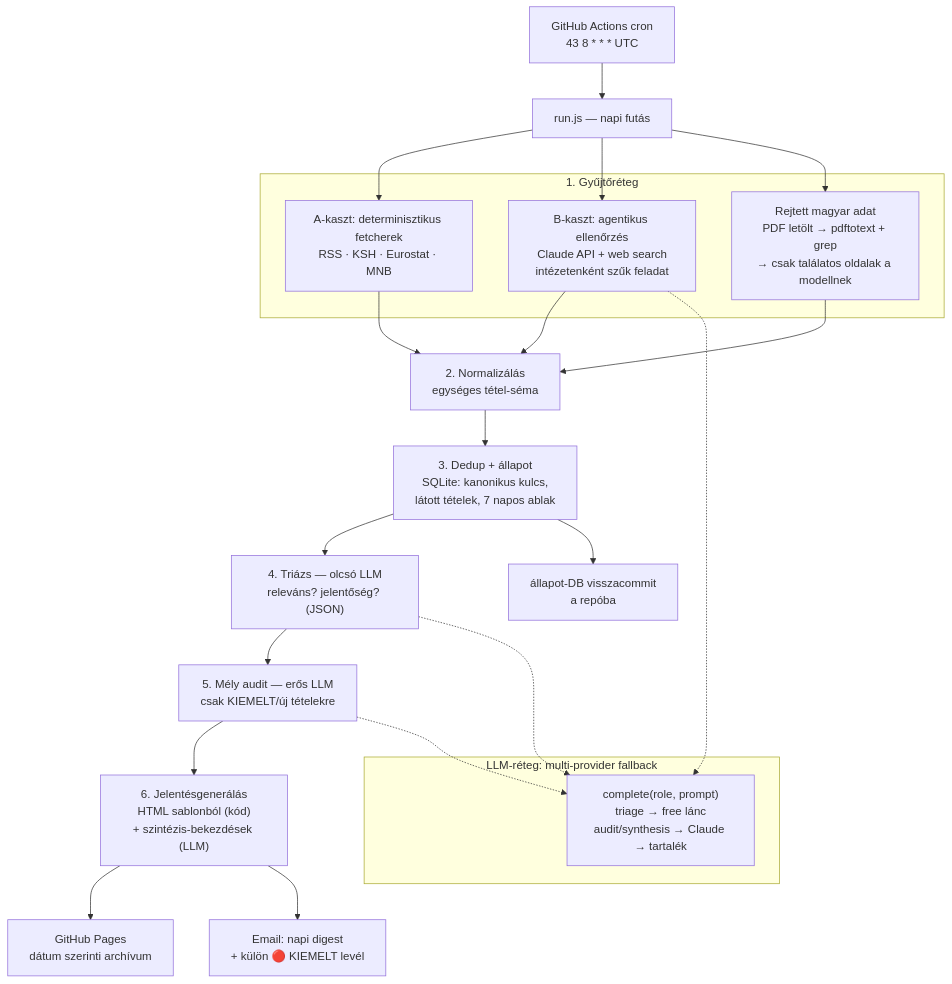
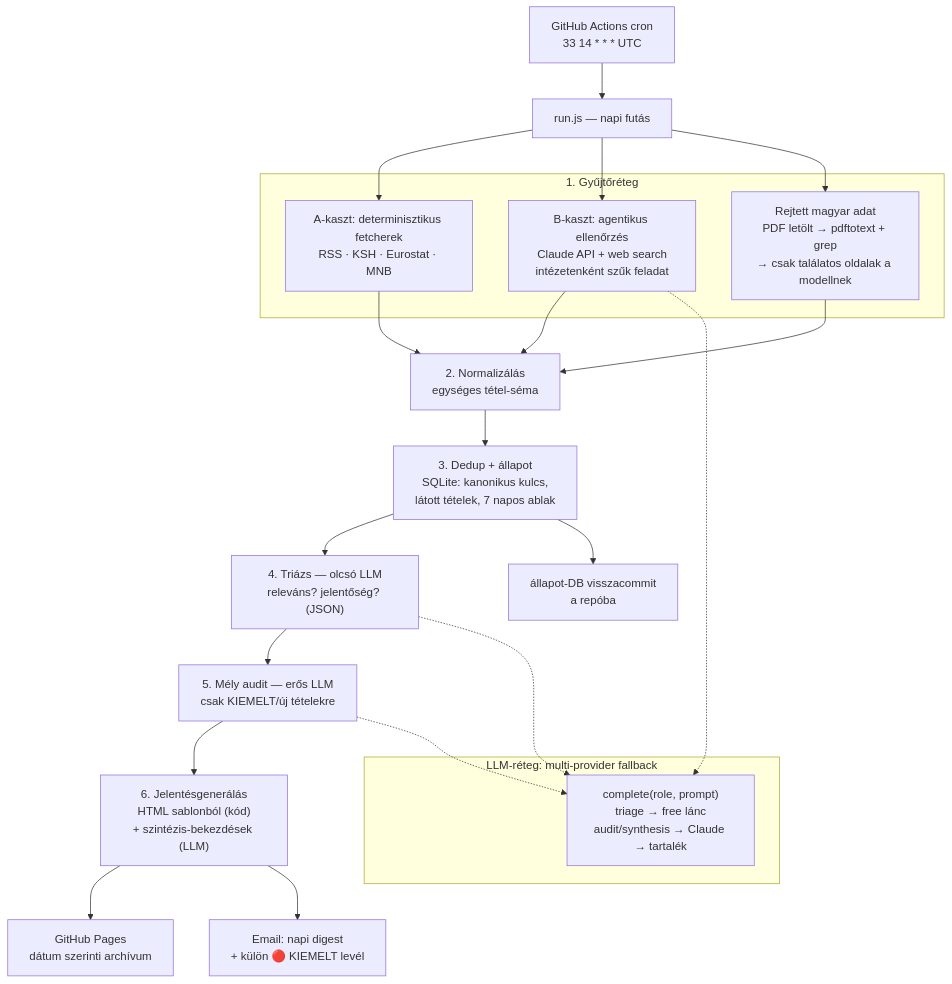
Before and after one commit to Goszmarton/survey-monitor: the diagram in docs/ARCHITEKTURA.md, drawn with Mermaid. The commit also changed other lines of this file and 14 other files, not shown here.

````diff
--- a/docs/ARCHITEKTURA.md
+++ b/docs/ARCHITEKTURA.md
@@ -41,35 +42,35 @@
 ```mermaid
 flowchart TD
-    CRON["GitHub Actions cron\n43 8 * * * UTC"] --> RUN[run.js — napi futás]
+    CRON["GitHub Actions cron\n33 14 * * * UTC"] --> RUN[run.js — napi futás]
 
     subgraph GYUJTES["1. Gyűjtőréteg"]
         A["A-kaszt: determinisztikus fetcherek\nRSS · KSH · Eurostat · MNB"]
         B["B-kaszt: agentikus ellenőrzés\nClaude API + web search\nintézetenként szűk feladat"]
         C["Rejtett magyar adat\nPDF letölt → pdftotext + grep\n→ csak találatos oldalak a modellnek"]
     end
 
     RUN --> A
     RUN --> B
     RUN --> C
 
     A --> NORM["2. Normalizálás\negységes tétel-séma"]
     B --> NORM
     C --> NORM
 
     NORM --> DEDUP["3. Dedup + állapot\nSQLite: kanonikus kulcs,\nlátott tételek, 7 napos ablak"]
     DEDUP --> TRIAGE["4. Triázs — olcsó LLM\nreleváns? jelentőség? (JSON)"]
     TRIAGE --> AUDIT["5. Mély audit — erős LLM\ncsak KIEMELT/új tételekre"]
     AUDIT --> REPORT["6. Jelentésgenerálás\nHTML sablonból (kód)\n+ szintézis-bekezdések (LLM)"]
 
     REPORT --> PAGES["GitHub Pages\ndátum szerinti archívum"]
     REPORT --> MAIL["Email: napi digest\n+ külön 🔴 KIEMELT levél"]
     DEDUP --> COMMIT["állapot-DB visszacommit\na repóba"]
 
     subgraph LLMLAYER["LLM-réteg: multi-provider fallback"]
         P["complete(role, prompt)\ntriage → free lánc\naudit/synthesis → Claude → tartalék"]
     end
 
     TRIAGE -.-> P
     AUDIT -.-> P
     B -.-> P
 ```
````
